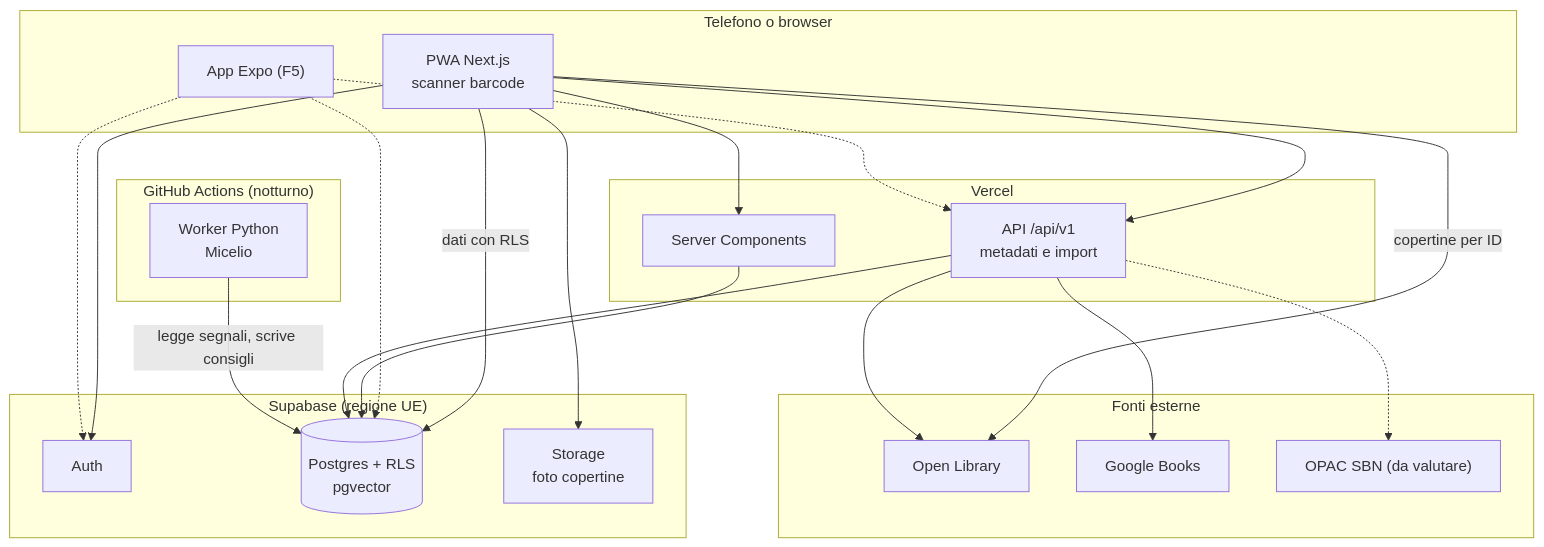
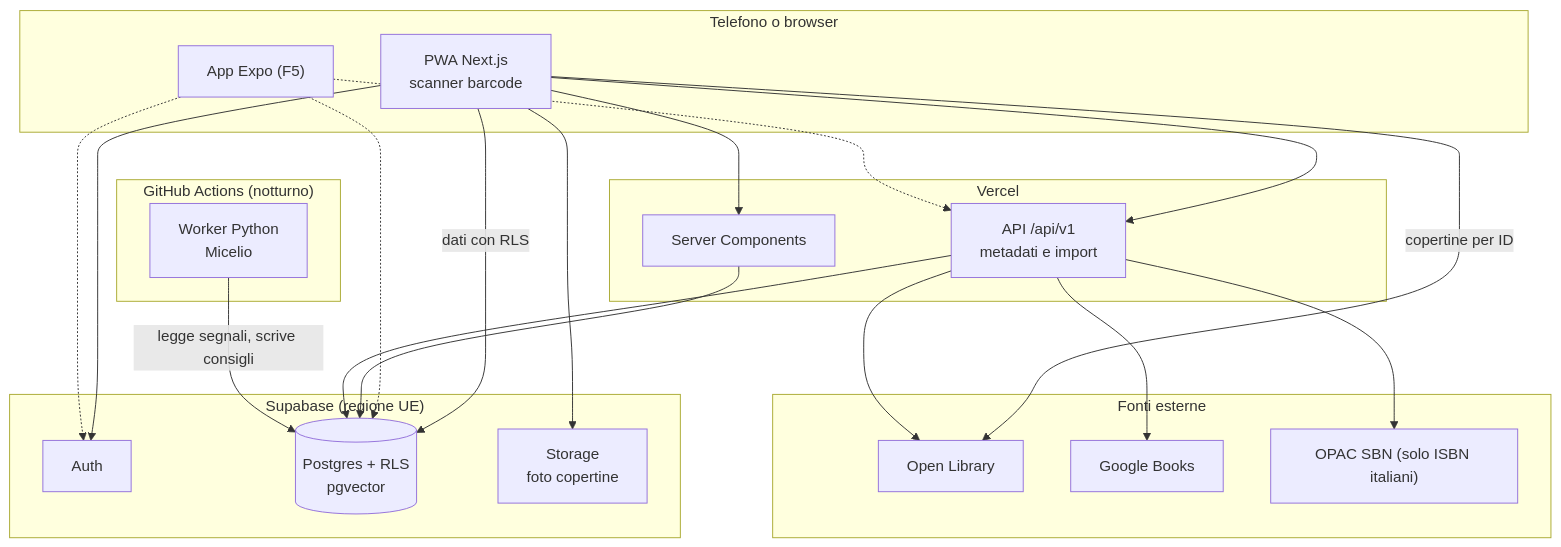
The diagram in docs/ARCHITECTURE.md (Vinavil334/libresca), drawn with Mermaid before and after one commit. The commit also changed other lines of this file and 5 other files, not shown here.

````diff
--- a/docs/ARCHITECTURE.md
+++ b/docs/ARCHITECTURE.md
@@ -7,39 +7,39 @@
 ```mermaid
 flowchart TB
   subgraph Telefono["Telefono o browser"]
     PWA["PWA Next.js<br/>scanner barcode"]
     APP["App Expo (F5)"]
   end
   subgraph Vercel
     SSR["Server Components"]
     META["API /api/v1<br/>metadati e import"]
   end
   subgraph Supabase["Supabase (regione UE)"]
     AUTH["Auth"]
     DB[("Postgres + RLS<br/>pgvector")]
     STORE["Storage<br/>foto copertine"]
   end
   subgraph Fonti["Fonti esterne"]
     OL["Open Library"]
     GB["Google Books"]
-    SBN["OPAC SBN (da valutare)"]
+    SBN["OPAC SBN (solo ISBN italiani)"]
   end
   subgraph Batch["GitHub Actions (notturno)"]
     ML["Worker Python<br/>Micelio"]
   end
   PWA --> SSR
   PWA --> AUTH
   PWA -- "dati con RLS" --> DB
   PWA --> META
   APP -.-> AUTH
   APP -.-> DB
   APP -.-> META
   PWA -- "copertine per ID" --> OL
   SSR --> DB
   META --> OL
   META --> GB
-  META -.-> SBN
+  META --> SBN
   META --> DB
   ML -- "legge segnali, scrive consigli" --> DB
   PWA --> STORE
 ```
````
